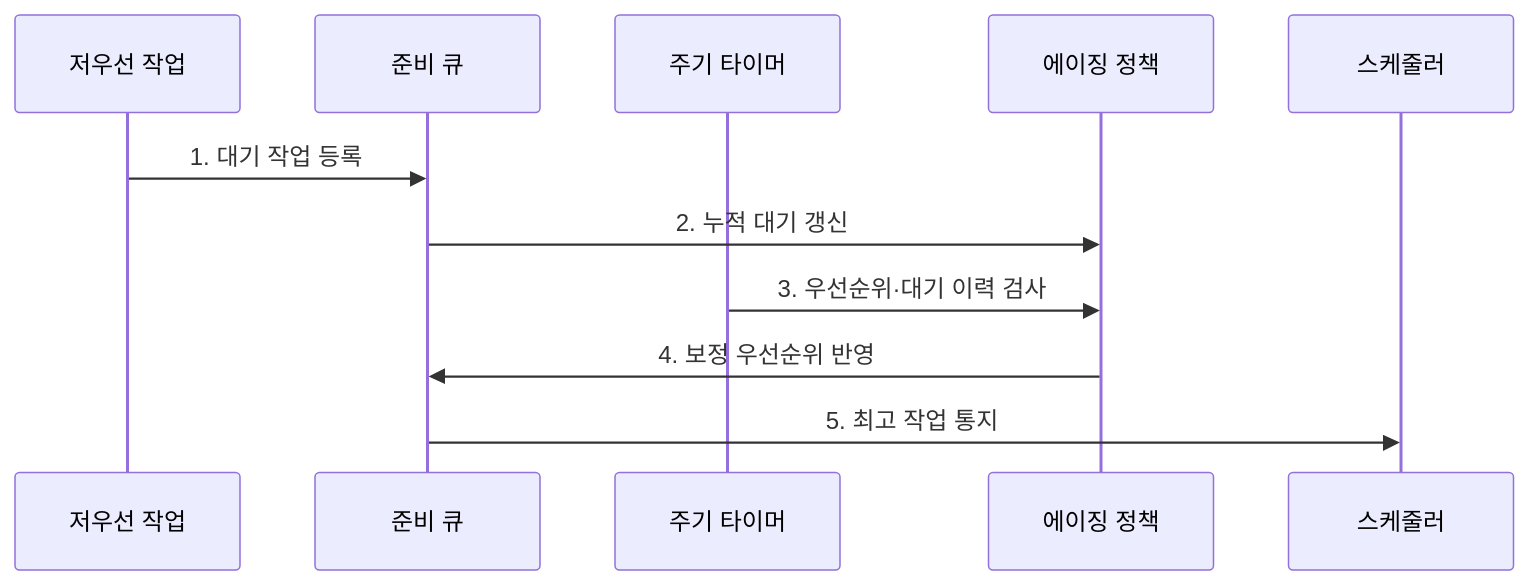
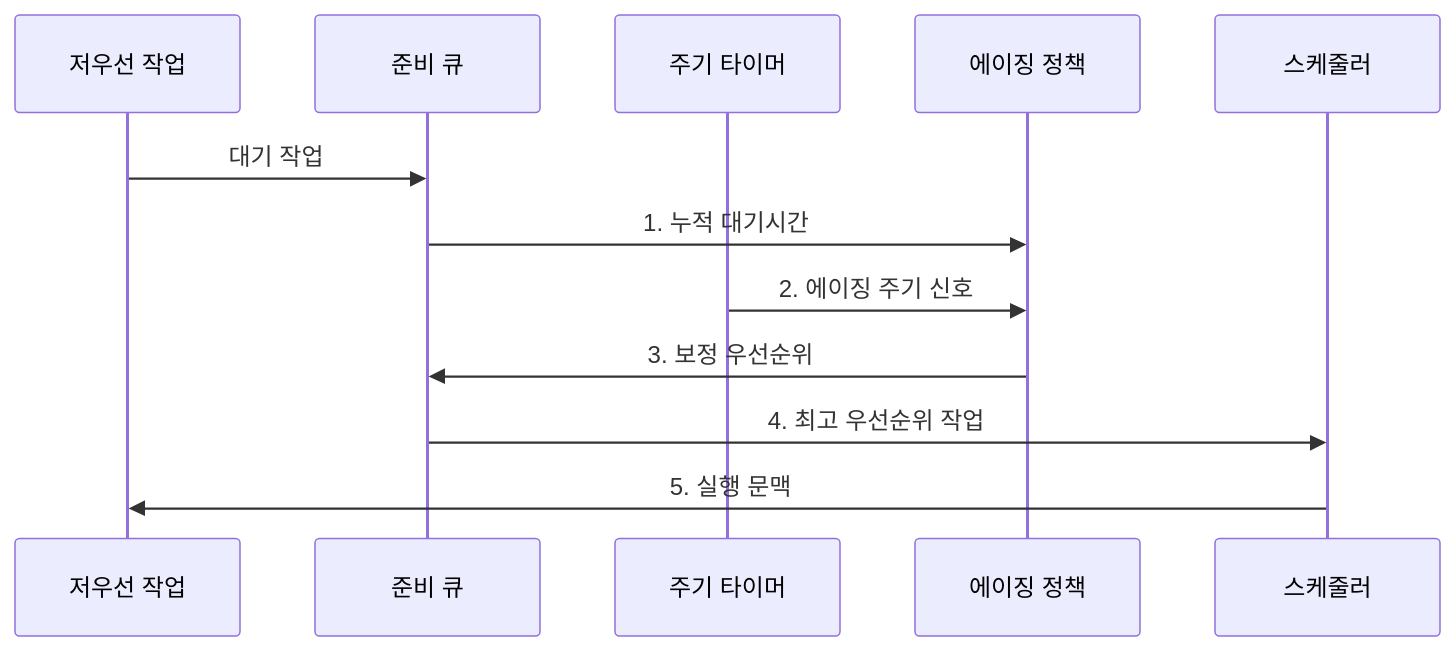
One commit to agnusdei1207/knowledge-base changed the second of 2 diagrams in src/content/docs/notes/03-software/011_starvation_aging.md. Above: the diagram before and after it, drawn with Mermaid. The commit also changed other lines of this file and 20 other files, not shown here.

````diff
--- a/src/content/docs/notes/03-software/011_starvation_aging.md
+++ b/src/content/docs/notes/03-software/011_starvation_aging.md
@@ -92,13 +87,14 @@
 ```mermaid
 sequenceDiagram
     participant P as 저우선 작업
     participant Q as 준비 큐
     participant T as 주기 타이머
     participant A as 에이징 정책
     participant S as 스케줄러
-    P->>Q: 1. 대기 작업 등록
-    Q->>A: 2. 누적 대기 갱신
-    T->>A: 3. 우선순위·대기 이력 검사
-    A->>Q: 4. 보정 우선순위 반영
-    Q->>S: 5. 최고 작업 통지
+    P->>Q: 대기 작업
+    Q->>A: 1. 누적 대기시간
+    T->>A: 2. 에이징 주기 신호
+    A->>Q: 3. 보정 우선순위
+    Q->>S: 4. 최고 우선순위 작업
+    S->>P: 5. 실행 문맥
 ```
````
